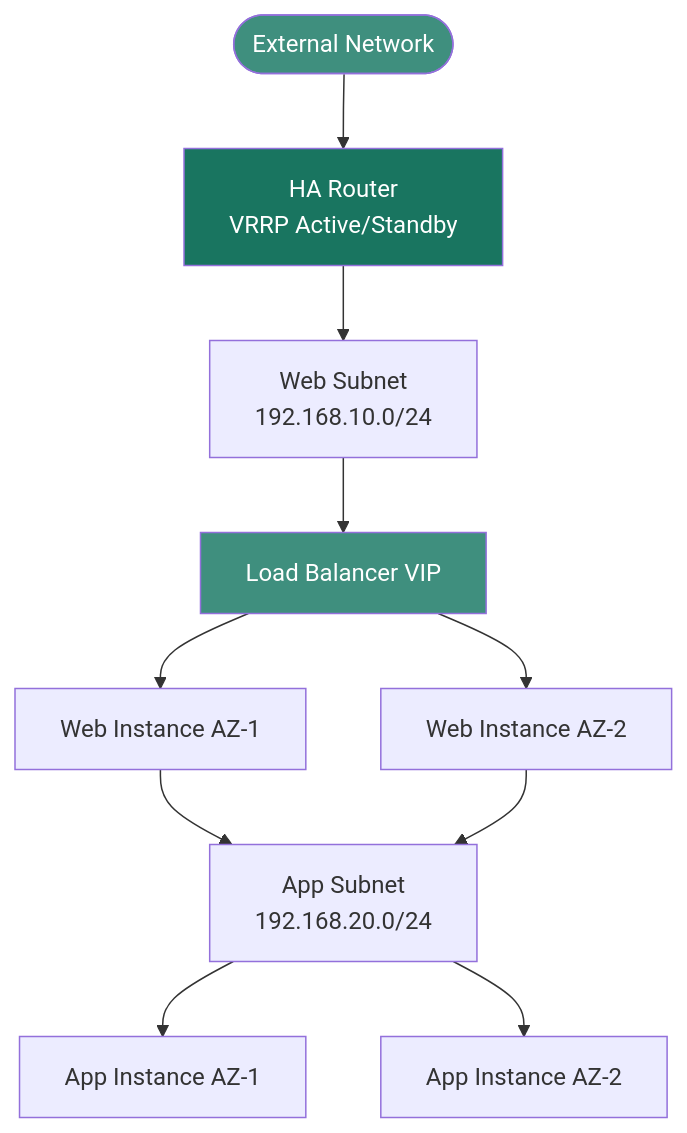
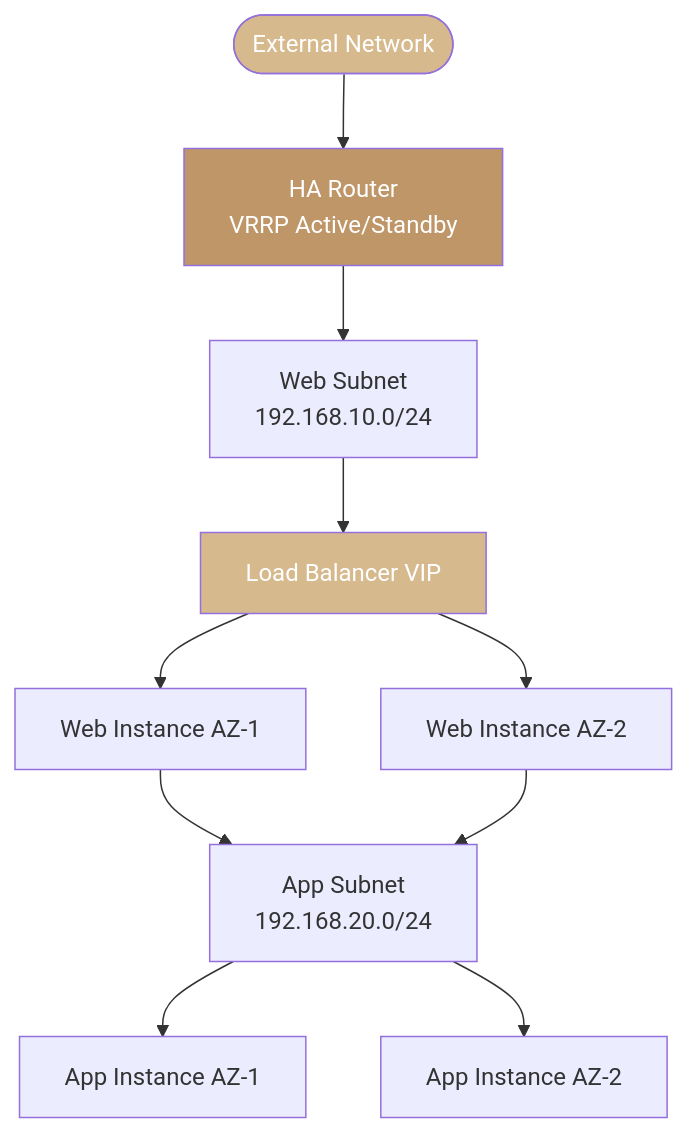
One commit to ankur-kumar87/docs-polystack changed the fourth of 4 diagrams in services/networking/network-topology.mdx. Above: the diagram before and after it, drawn with Mermaid. The commit also changed other lines of this file and 395 other files, not shown here.

````diff
--- a/services/networking/network-topology.mdx
+++ b/services/networking/network-topology.mdx
@@ -117,15 +117,15 @@
 ```mermaid
 graph TD
     EXT([External Network]) --> HA_R[HA Router<br/>VRRP Active/Standby]
     HA_R --> WEB_SUBNET[Web Subnet<br/>192.168.10.0/24]
     WEB_SUBNET --> LB[Load Balancer VIP]
     LB --> W1[Web Instance AZ-1]
     LB --> W2[Web Instance AZ-2]
     W1 --> APP_SUBNET[App Subnet<br/>192.168.20.0/24]
     W2 --> APP_SUBNET
     APP_SUBNET --> A1[App Instance AZ-1]
     APP_SUBNET --> A2[App Instance AZ-2]
-    style HA_R fill:#197560,color:#fff
-    style EXT fill:#3F8F7E,color:#fff
-    style LB fill:#3F8F7E,color:#fff
+    style HA_R fill:#bf9667,color:#fff
+    style EXT fill:#d7b98e,color:#fff
+    style LB fill:#d7b98e,color:#fff
 ```
````
